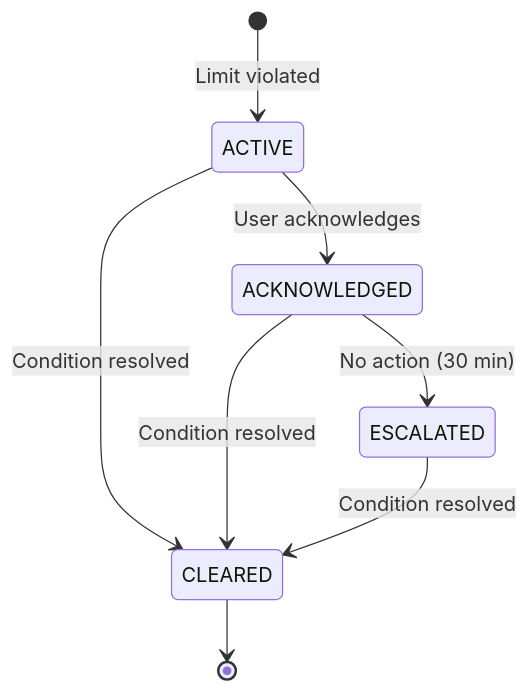
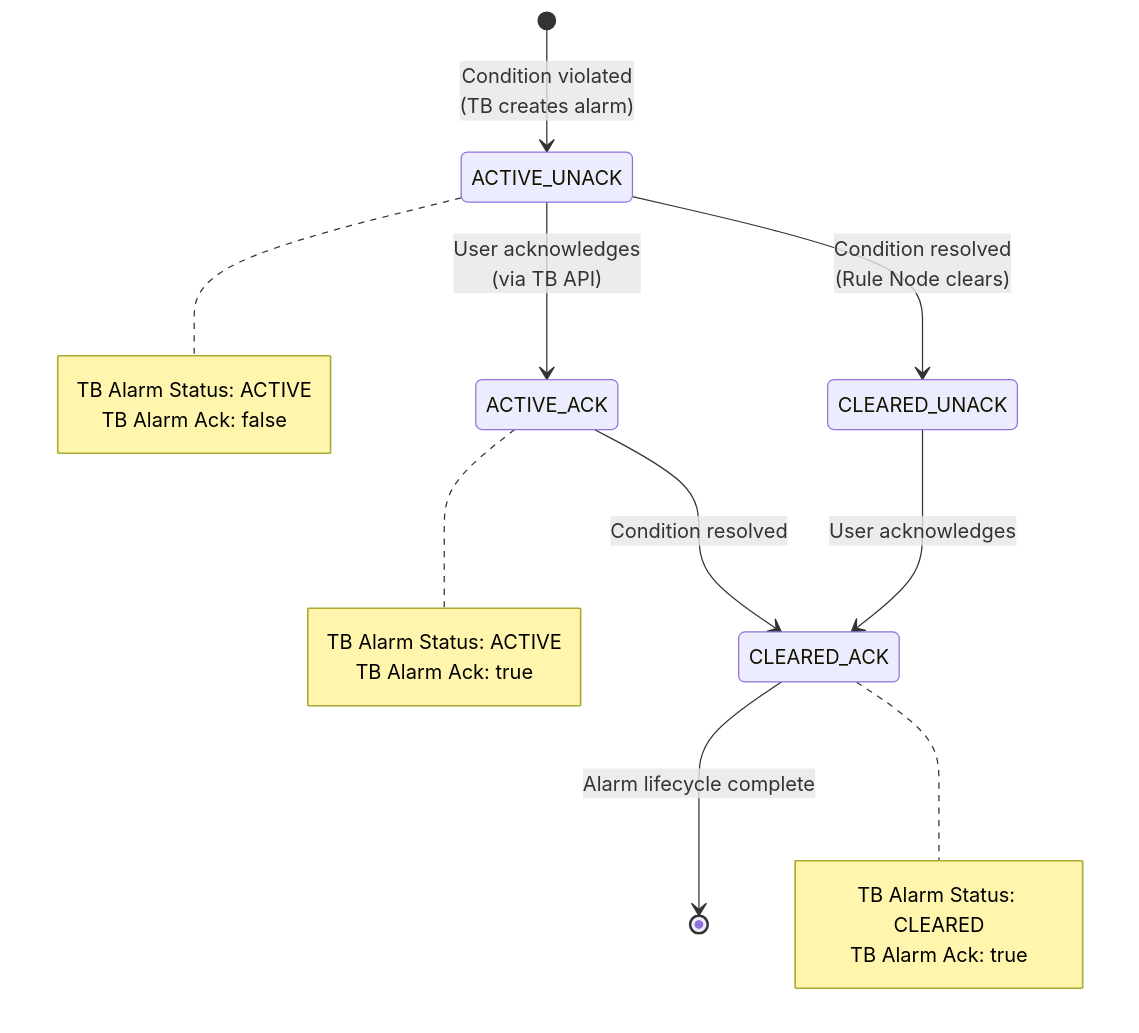
Before and after one commit to diazhh/nexus: diagram 19 of 23 in dev/op/DIAGRAMS.md, drawn with Mermaid. The commit also changed other lines of this file and 109 other files, not shown here.

````diff
--- a/dev/op/DIAGRAMS.md
+++ b/dev/op/DIAGRAMS.md
@@ -699,14 +981,28 @@
 ```mermaid
 stateDiagram-v2
-    [*] --> ACTIVE: Limit violated
-    
-    ACTIVE --> ACKNOWLEDGED: User acknowledges
-    ACTIVE --> CLEARED: Condition resolved
-    
-    ACKNOWLEDGED --> CLEARED: Condition resolved
-    ACKNOWLEDGED --> ESCALATED: No action (30 min)
-    
-    ESCALATED --> CLEARED: Condition resolved
-    
-    CLEARED --> [*]
+    [*] --> ACTIVE_UNACK: Condition violated<br/>(TB creates alarm)
+
+    ACTIVE_UNACK --> ACTIVE_ACK: User acknowledges<br/>(via TB API)
+    ACTIVE_UNACK --> CLEARED_UNACK: Condition resolved<br/>(Rule Node clears)
+
+    ACTIVE_ACK --> CLEARED_ACK: Condition resolved
+
+    CLEARED_UNACK --> CLEARED_ACK: User acknowledges
+
+    CLEARED_ACK --> [*]: Alarm lifecycle complete
+
+    note right of ACTIVE_UNACK
+        TB Alarm Status: ACTIVE
+        TB Alarm Ack: false
+    end note
+
+    note right of ACTIVE_ACK
+        TB Alarm Status: ACTIVE
+        TB Alarm Ack: true
+    end note
+
+    note right of CLEARED_ACK
+        TB Alarm Status: CLEARED
+        TB Alarm Ack: true
+    end note
 ```
````
